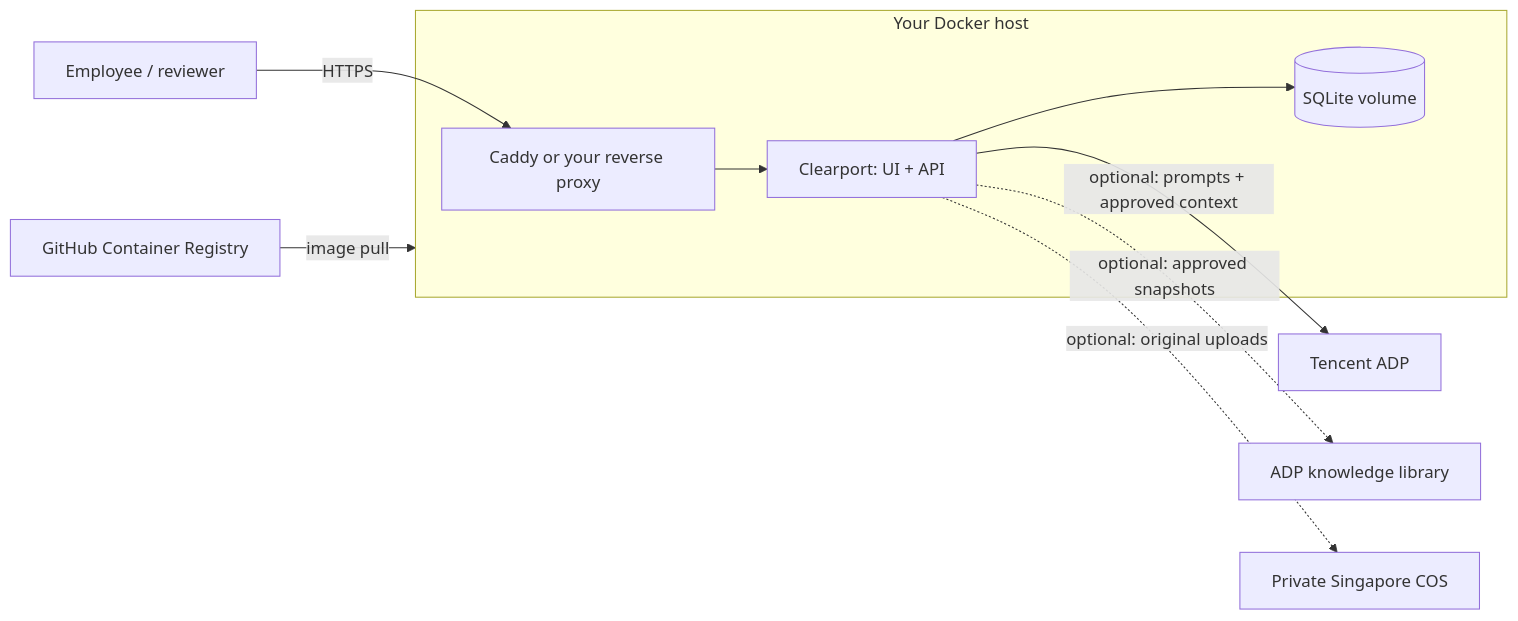
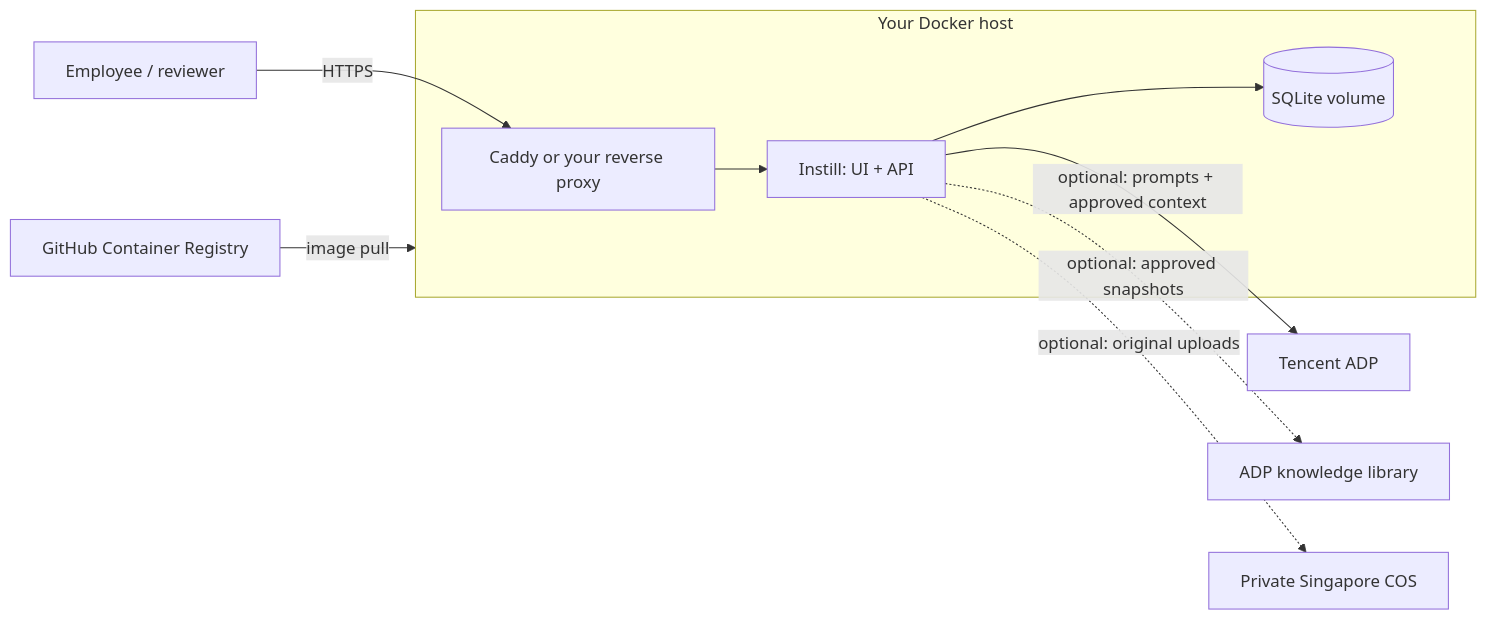
The diagram in DEPLOY.md (RobotHanzo/TencentHackathon2026), drawn with Mermaid before and after one commit. The commit also changed other lines of this file and 29 other files, not shown here.

Commit message:
Rebrand Clearport to Instill

````diff
--- a/DEPLOY.md
+++ b/DEPLOY.md
@@ -9,12 +9,12 @@
 ```mermaid
 flowchart LR
     Browser[Employee / reviewer] -->|HTTPS| Proxy
     subgraph Host["Your Docker host"]
-        Proxy[Caddy or your reverse proxy] --> App[Clearport: UI + API]
+        Proxy[Caddy or your reverse proxy] --> App[Instill: UI + API]
         App --> DB[(SQLite volume)]
     end
     GHCR[GitHub Container Registry] -->|image pull| Host
     App -->|optional: prompts + approved context| ADP[Tencent ADP]
     App -. optional: approved snapshots .-> Knowledge[ADP knowledge library]
     App -. optional: original uploads .-> COS[Private Singapore COS]
 ```
````
